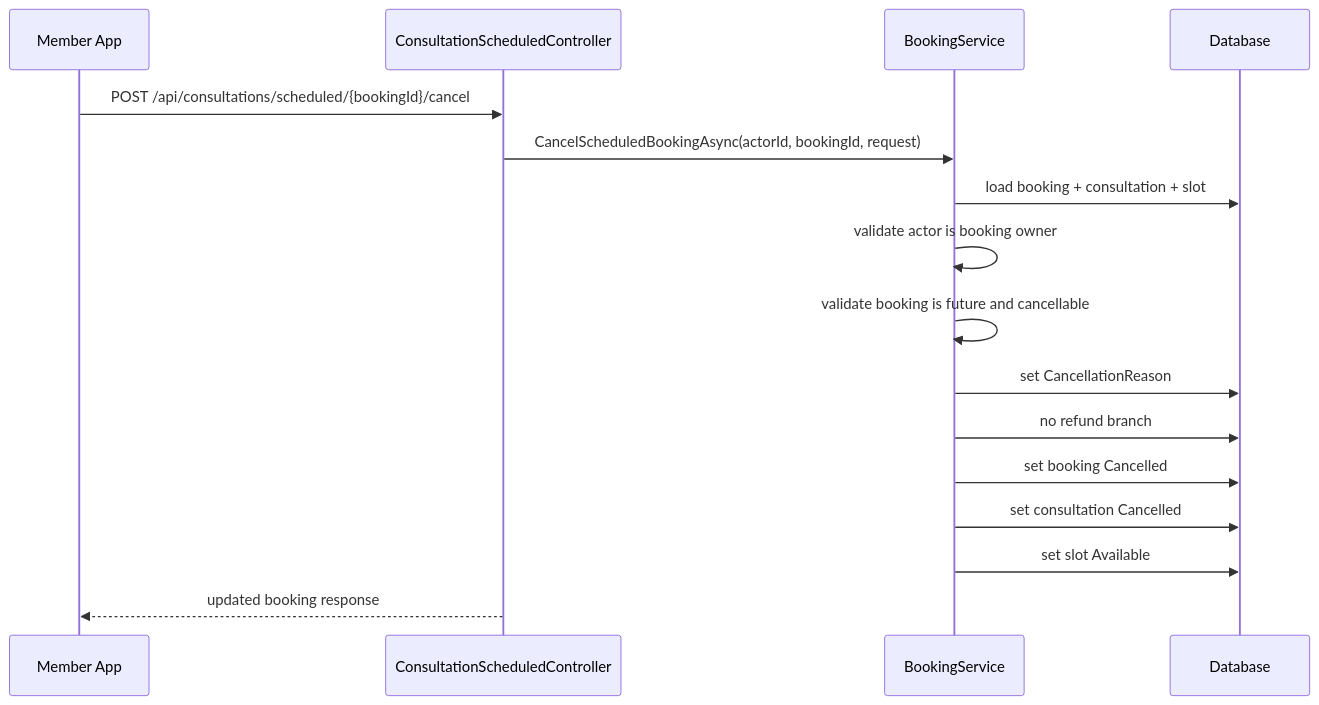
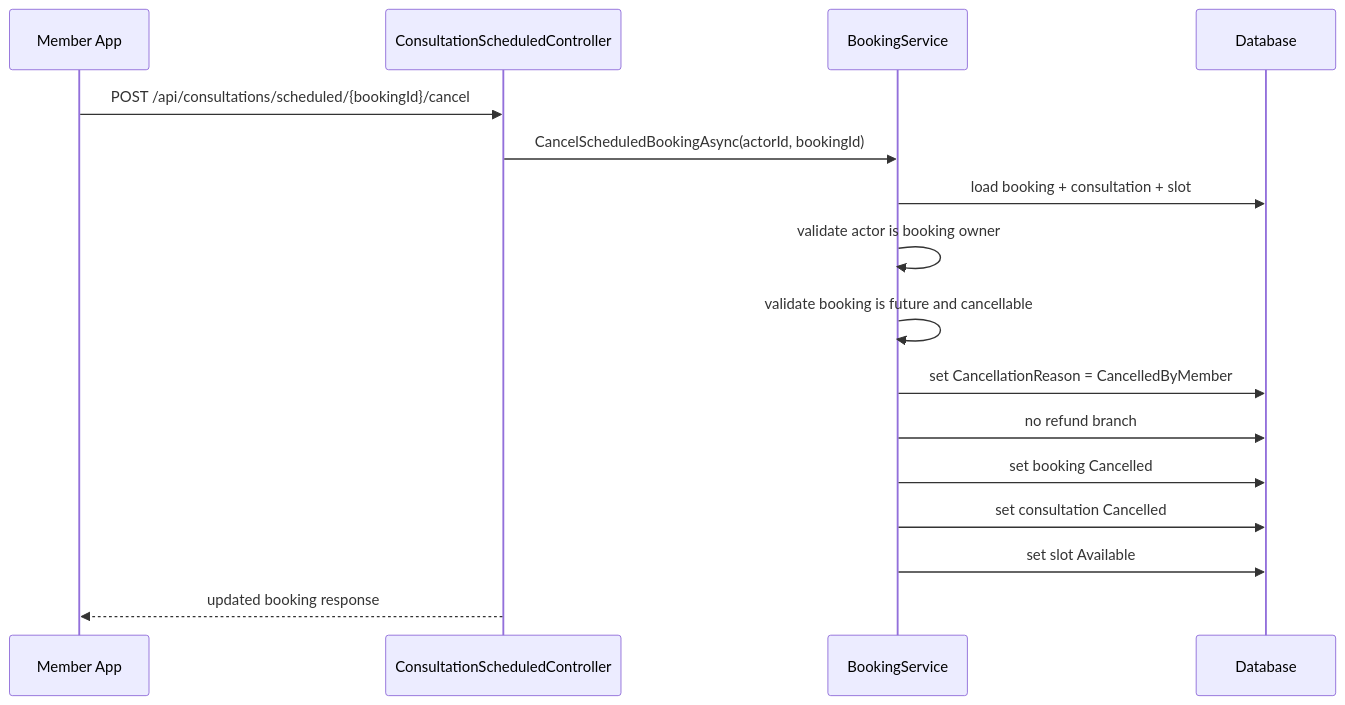
The third of 3 diagrams in Docs/05-Backend/02-layers/scheduled-booking-cancel/scheduled-booking-cancel.sourcecode.md (Snake-AID/SnakeAid.Docs), drawn with Mermaid before and after one commit. The commit also changed other lines of this file and 3 other files, not shown here.

First line of the commit message:
docs(scheduled-booking-cancel): update status to implemented

````diff
--- a/Docs/05-Backend/02-layers/scheduled-booking-cancel/scheduled-booking-cancel.sourcecode.md
+++ b/Docs/05-Backend/02-layers/scheduled-booking-cancel/scheduled-booking-cancel.sourcecode.md
@@ -294,19 +199,19 @@
 ```mermaid
 sequenceDiagram
     participant Member as Member App
     participant Api as ConsultationScheduledController
     participant Booking as BookingService
     participant DB as Database
 
     Member->>Api: POST /api/consultations/scheduled/{bookingId}/cancel
-    Api->>Booking: CancelScheduledBookingAsync(actorId, bookingId, request)
+    Api->>Booking: CancelScheduledBookingAsync(actorId, bookingId)
     Booking->>DB: load booking + consultation + slot
     Booking->>Booking: validate actor is booking owner
     Booking->>Booking: validate booking is future and cancellable
-    Booking->>DB: set CancellationReason
+    Booking->>DB: set CancellationReason = CancelledByMember
     Booking->>DB: no refund branch
     Booking->>DB: set booking Cancelled
     Booking->>DB: set consultation Cancelled
     Booking->>DB: set slot Available
     Api-->>Member: updated booking response
 ```
````
